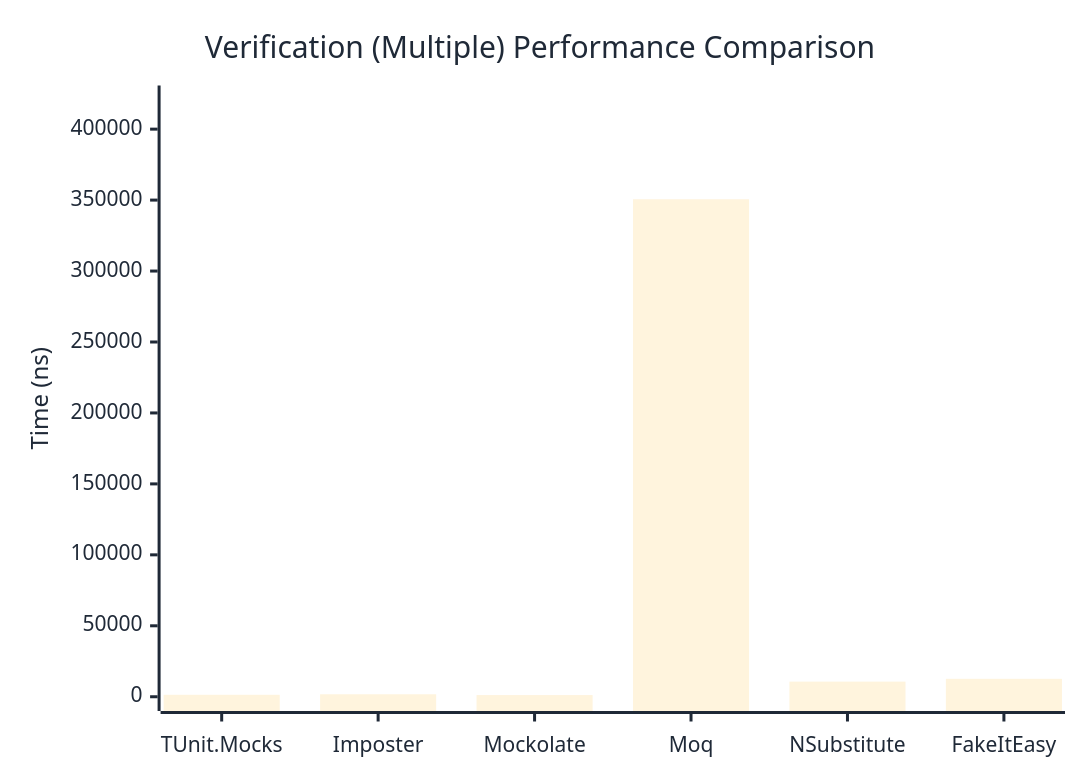
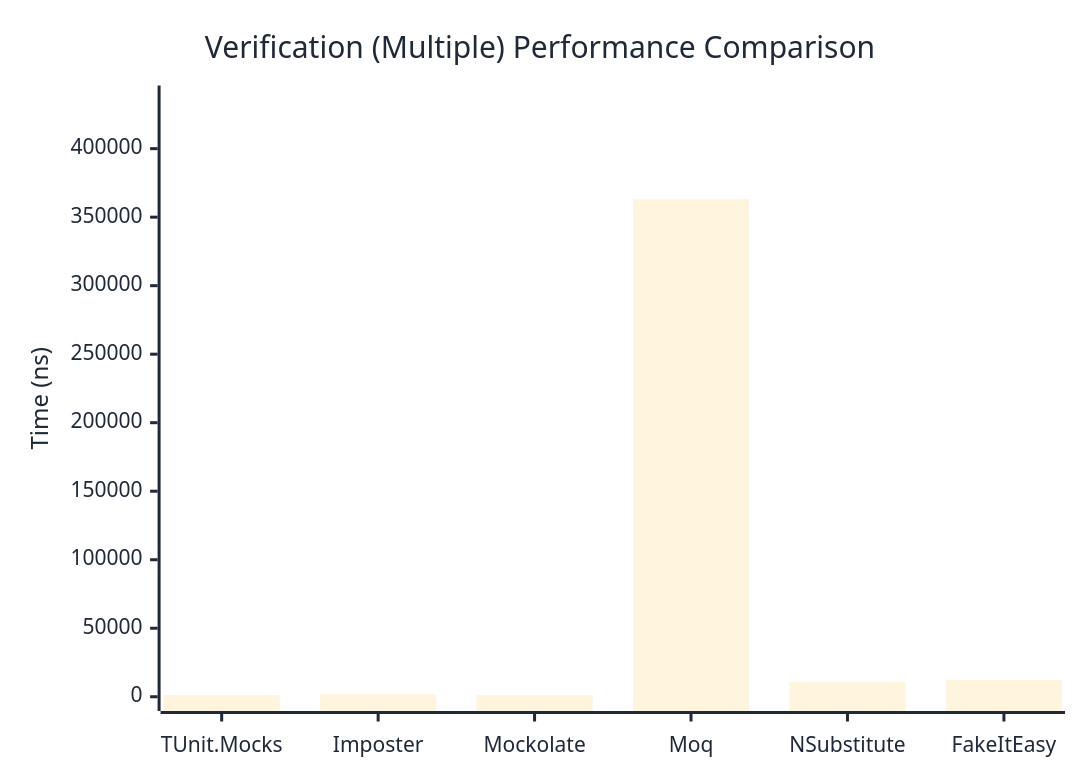
The third of 3 diagrams in docs/docs/benchmarks/mocks/Verification.md (thomhurst/TUnit), drawn with Mermaid before and after one commit. The commit also changed other lines of this file and 14 other files, not shown here.

````diff
--- a/docs/docs/benchmarks/mocks/Verification.md
+++ b/docs/docs/benchmarks/mocks/Verification.md
@@ -112,27 +112,27 @@
 ```mermaid
 %%{init: {
   'theme':'base',
   'themeVariables': {
     'primaryColor': '#2563eb',
     'primaryTextColor': '#1f2937',
     'primaryBorderColor': '#1e40af',
     'lineColor': '#6b7280',
     'secondaryColor': '#7c3aed',
     'tertiaryColor': '#dc2626',
     'background': '#ffffff',
     'pie1': '#2563eb',
     'pie2': '#7c3aed',
     'pie3': '#dc2626',
     'pie4': '#f59e0b',
     'pie5': '#10b981',
     'pie6': '#06b6d4',
     'pie7': '#ec4899',
     'pie8': '#6366f1'
   }
 }}%%
 xychart-beta
   title "Verification (Multiple) Performance Comparison"
   x-axis ["TUnit.Mocks", "Imposter", "Mockolate", "Moq", "NSubstitute", "FakeItEasy"]
-  y-axis "Time (ns)" 0 --> 420714
-  bar [1381.22, 1744.8, 1188.13, 350594.98, 10660.99, 12630.28]
+  y-axis "Time (ns)" 0 --> 435690
+  bar [1342.57, 1800.07, 1191.64, 363074.92, 10887.68, 12157.6]
 ```
````
